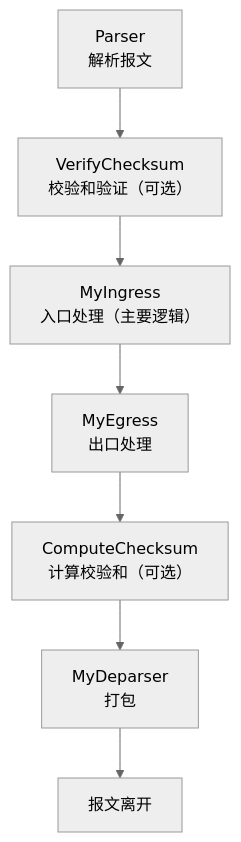
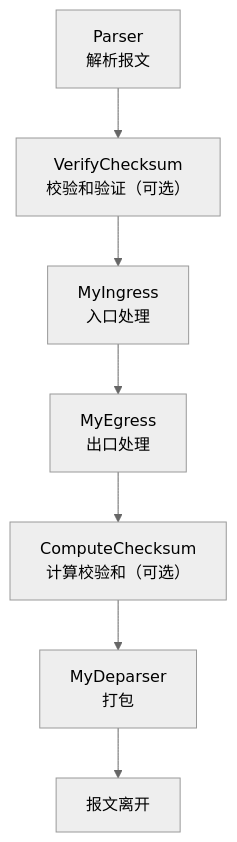
Before and after one commit to Sukkk-zcy/Sukkk-zcy.github.io: the fourth of 4 diagrams in src/content/blog/P4/p4-02-language-core.mdx, drawn with Mermaid (neutral theme). The commit also changed other lines of this file and 2 other files, not shown here.

````diff
--- a/src/content/blog/P4/p4-02-language-core.mdx
+++ b/src/content/blog/P4/p4-02-language-core.mdx
@@ -246,9 +228,9 @@
 ```mermaid
 flowchart TD
     P["Parser<br/>解析报文"] --> V["VerifyChecksum<br/>校验和验证（可选）"]
-    V --> I["MyIngress<br/>入口处理（主要逻辑）"]
+    V --> I["MyIngress<br/>入口处理"]
     I --> E["MyEgress<br/>出口处理"]
     E --> C["ComputeChecksum<br/>计算校验和（可选）"]
     C --> D["MyDeparser<br/>打包"]
     D --> OUT["报文离开"]
 ```
````
